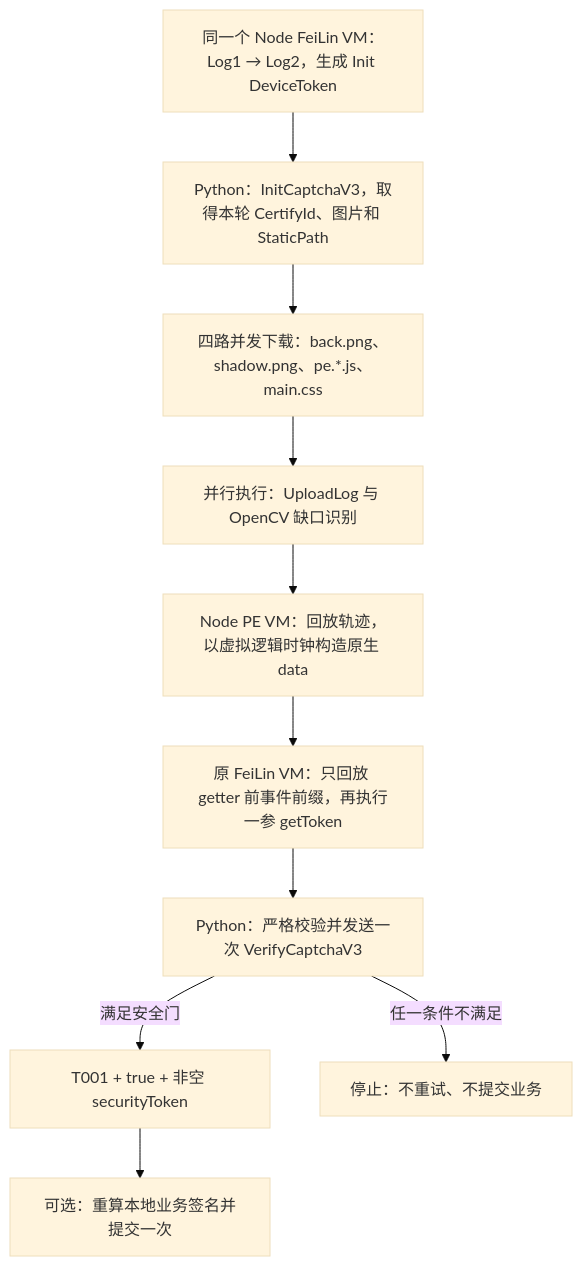
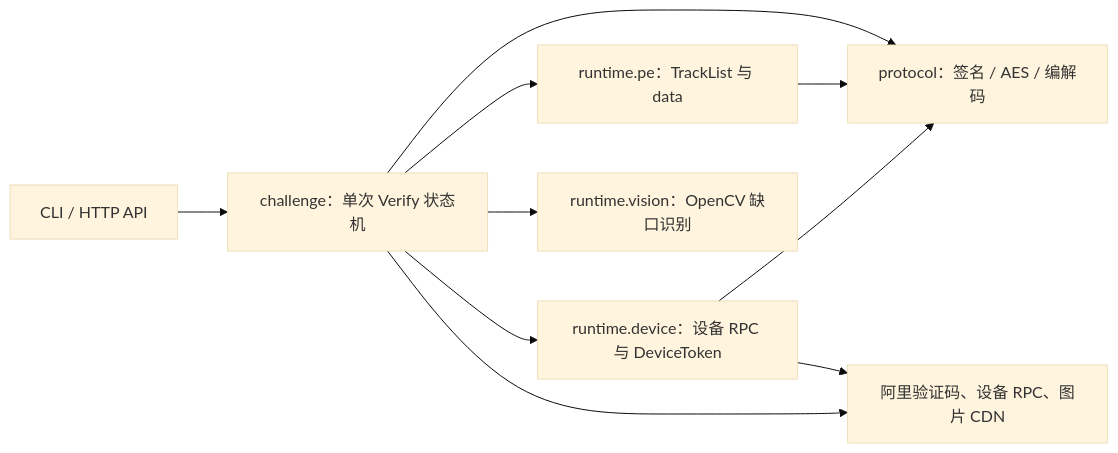
Before and after one commit to d2120848471/v3: the diagram in ali_slider_reverse/README.md, drawn with Mermaid (base theme). The commit also changed other lines of this file and 41 other files, not shown here.

````diff
--- a/ali_slider_reverse/README.md
+++ b/ali_slider_reverse/README.md
@@ -26,17 +31,20 @@
 ```mermaid
-flowchart TD
-    A["同一个 Node FeiLin VM：Log1 → Log2，生成 Init DeviceToken"]
-    B["Python：InitCaptchaV3，取得本轮 CertifyId、图片和 StaticPath"]
-    C["四路并发下载：back.png、shadow.png、pe.*.js、main.css"]
-    D["并行执行：UploadLog 与 OpenCV 缺口识别"]
-    E["Node PE VM：回放轨迹，以虚拟逻辑时钟构造原生 data"]
-    F["原 FeiLin VM：只回放 getter 前事件前缀，再执行一参 getToken"]
-    G["Python：严格校验并发送一次 VerifyCaptchaV3"]
-    H["T001 + true + 非空 securityToken"]
-    I["可选：重算本地业务签名并提交一次"]
-    J["停止：不重试、不提交业务"]
+flowchart LR
+    CLI["CLI / HTTP API"]
+    CH["challenge：单次 Verify 状态机"]
+    DEV["runtime.device：设备 RPC 与 DeviceToken"]
+    PE["runtime.pe：TrackList 与 data"]
+    VIS["runtime.vision：OpenCV 缺口识别"]
+    PRO["protocol：签名 / AES / 编解码"]
+    NET["阿里验证码、设备 RPC、图片 CDN"]
 
-    A --> B --> C --> D --> E --> F --> G
-    G -->|满足安全门| H --> I
-    G -->|任一条件不满足| J
+    CLI --> CH
+    CH --> DEV
+    CH --> PE
+    CH --> VIS
+    DEV --> PRO
+    PE --> PRO
+    CH --> PRO
+    CH --> NET
+    DEV --> NET
 ```
````
